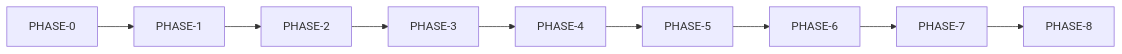
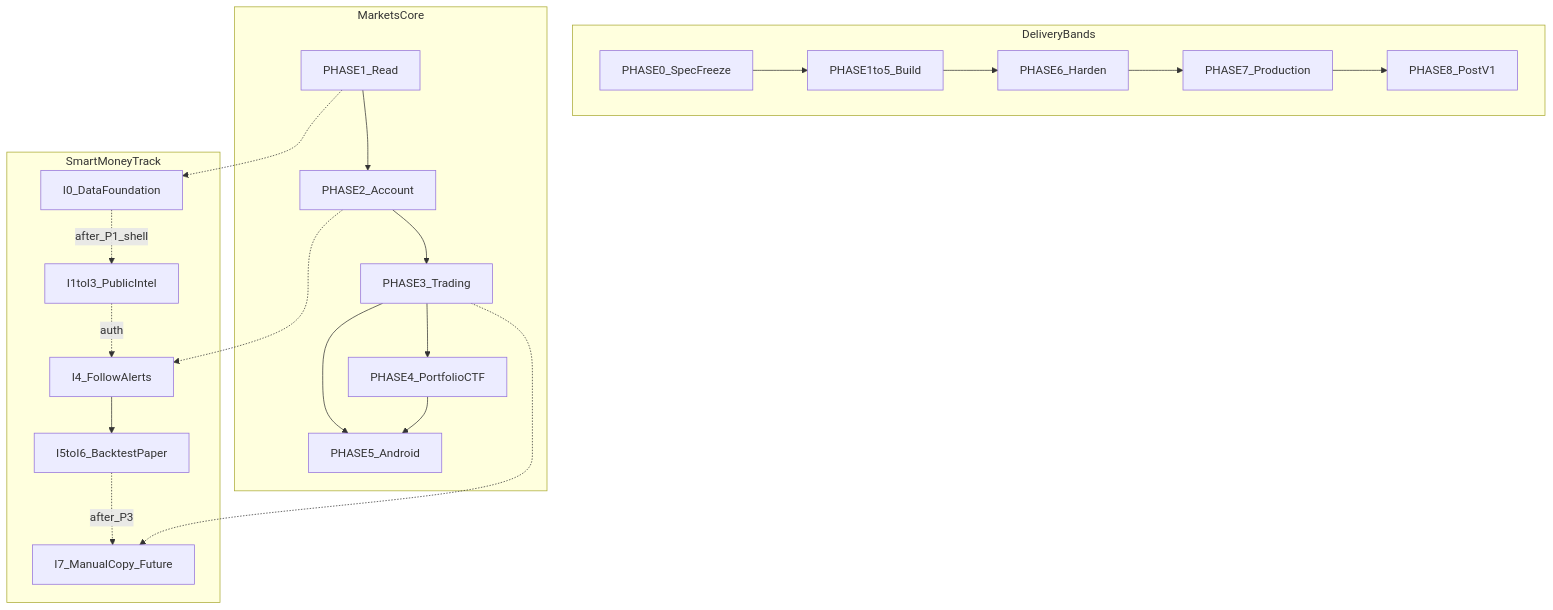
One commit to RetroPick/monorepo-base changed the diagram in .dev/markets-v1/phases/README.md. Above: the diagram before and after it, drawn with Mermaid. The commit also changed other lines of this file and 63 other files, not shown here.

Commit message:
feat: sync Markets V1 intelligence and Android submodule

````diff
--- a/.dev/markets-v1/phases/README.md
+++ b/.dev/markets-v1/phases/README.md
@@ -76,20 +78,35 @@
 ```mermaid
-flowchart LR
-  P0[PHASE-0]
-  P1[PHASE-1]
-  P2[PHASE-2]
-  P3[PHASE-3]
-  P4[PHASE-4]
-  P5[PHASE-5]
-  P6[PHASE-6]
-  P7[PHASE-7]
-  P8[PHASE-8]
-  P0-->P1
-  P1-->P2
-  P2-->P3
-  P3-->P4
-  P4-->P5
-  P5-->P6
-  P6-->P7
-  P7-->P8
+flowchart TB
+  subgraph bands [DeliveryBands]
+    Spec[PHASE0_SpecFreeze]
+    Build[PHASE1to5_Build]
+    Harden[PHASE6_Harden]
+    Prod[PHASE7_Production]
+    Post[PHASE8_PostV1]
+  end
+  Spec --> Build --> Harden --> Prod --> Post
+  subgraph core [MarketsCore]
+    P1[PHASE1_Read]
+    P2[PHASE2_Account]
+    P3[PHASE3_Trading]
+    P4[PHASE4_PortfolioCTF]
+    P5[PHASE5_Android]
+  end
+  subgraph intel [SmartMoneyTrack]
+    I0[I0_DataFoundation]
+    I13[I1toI3_PublicIntel]
+    I4[I4_FollowAlerts]
+    I56[I5toI6_BacktestPaper]
+    I7[I7_ManualCopy_Future]
+  end
+  P1 --> P2 --> P3 --> P4
+  P3 --> P5
+  P4 --> P5
+  I0 -.->|after_P1_shell| I13
+  I13 -.->|auth| I4
+  I4 --> I56
+  I56 -.->|after_P3| I7
+  P1 -.-> I0
+  P2 -.-> I4
+  P3 -.-> I7
 ```
````
